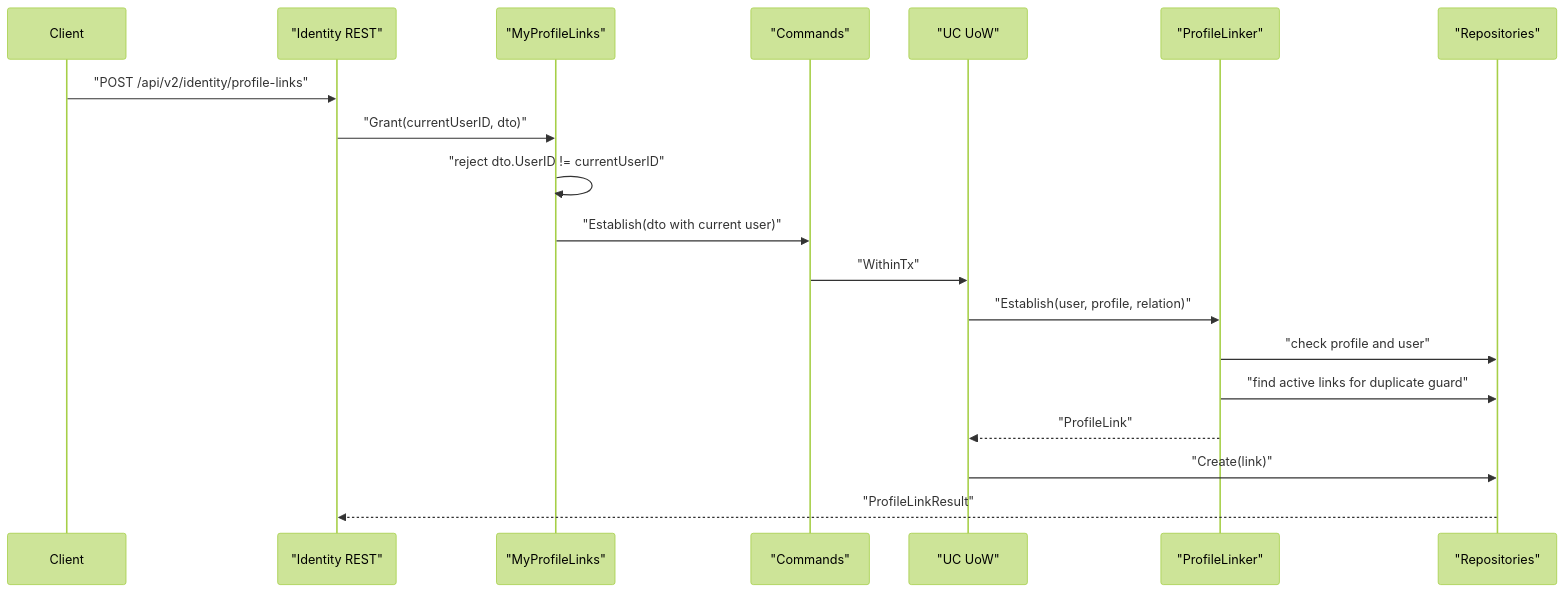
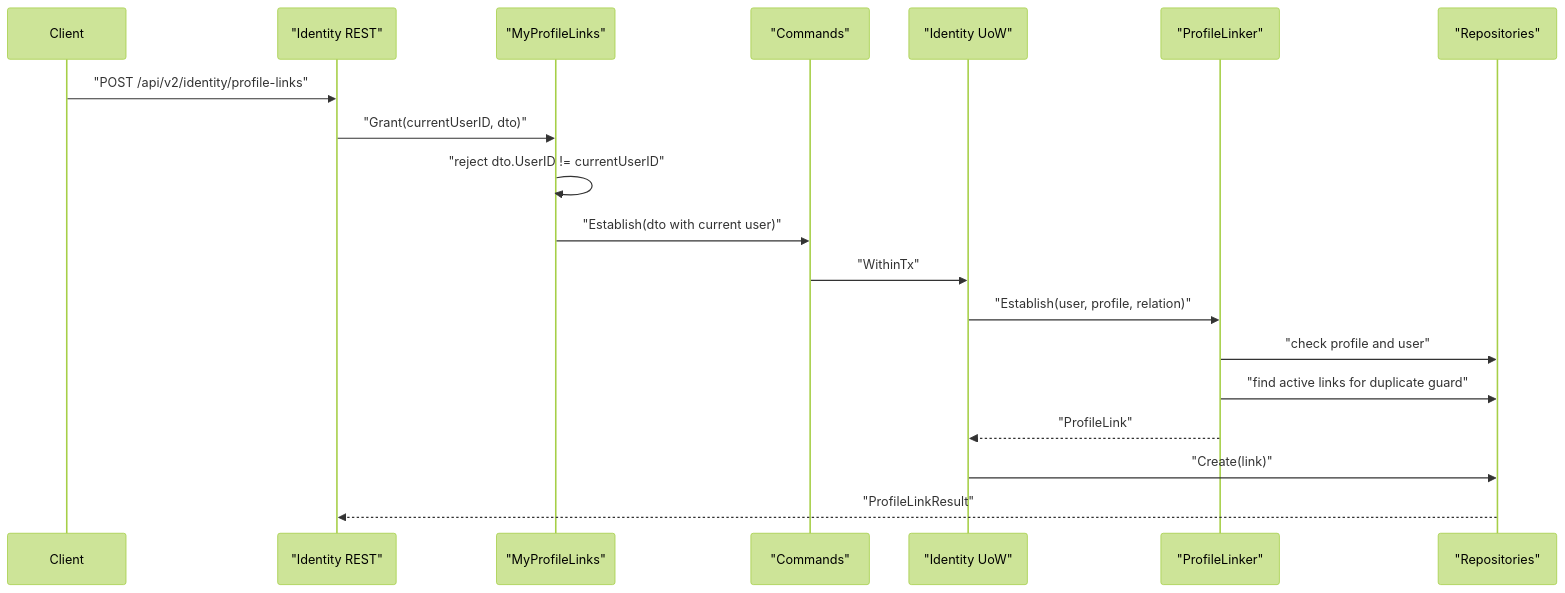
One commit to FangcunMount/iam changed the fourth of 6 diagrams in docs/_archive/05-专题分析/04-ProfileLink链路--用户&儿童档案关系协作.md. Above: the diagram before and after it, drawn with Mermaid (forest theme). The commit also changed other lines of this file and 215 other files, not shown here.

````diff
--- a/docs/_archive/05-专题分析/04-ProfileLink链路--用户&儿童档案关系协作.md
+++ b/docs/_archive/05-专题分析/04-ProfileLink链路--用户&儿童档案关系协作.md
@@ -125,22 +125,22 @@
 ```mermaid
 sequenceDiagram
     participant Client
     participant REST as "Identity REST"
     participant My as "MyProfileLinks"
     participant Cmd as "Commands"
-    participant UOW as "UC UoW"
+    participant UOW as "Identity UoW"
     participant Linker as "ProfileLinker"
     participant Repo as "Repositories"
 
     Client->>REST: "POST /api/v2/identity/profile-links"
     REST->>My: "Grant(currentUserID, dto)"
     My->>My: "reject dto.UserID != currentUserID"
     My->>Cmd: "Establish(dto with current user)"
     Cmd->>UOW: "WithinTx"
     UOW->>Linker: "Establish(user, profile, relation)"
     Linker->>Repo: "check profile and user"
     Linker->>Repo: "find active links for duplicate guard"
     Linker-->>UOW: "ProfileLink"
     UOW->>Repo: "Create(link)"
     Repo-->>REST: "ProfileLinkResult"
 ```
````
